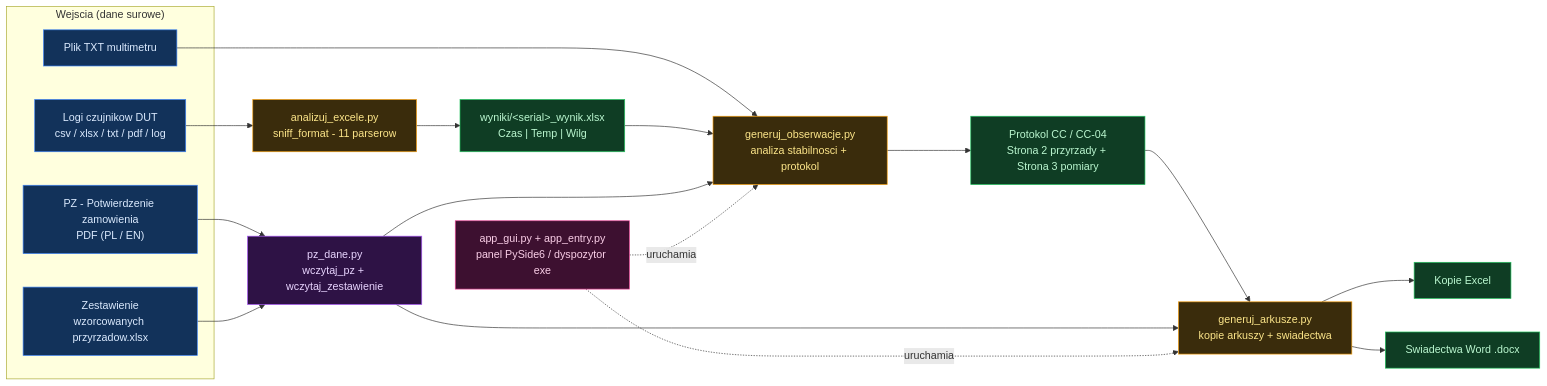
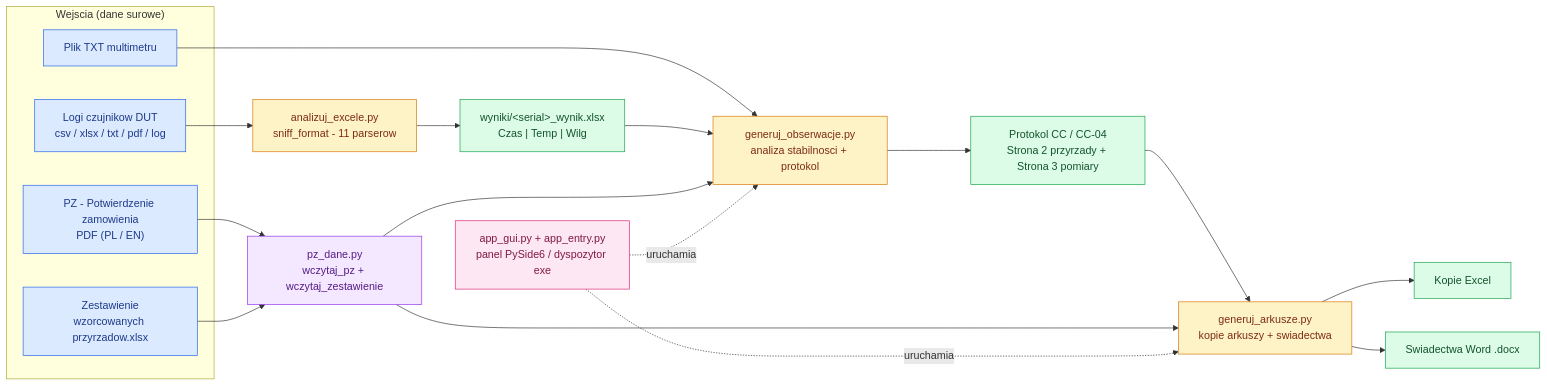
Before and after one commit to Azhdzer/script-protokol-arkusz-cc-clean: the first of 5 diagrams in README.md, drawn with Mermaid. The commit also changed other lines of this file and 1 other file, not shown here.

First line of the commit message:
Docs: mega-schemat pelnego obiegu (FAZA 0 -> analiza -> obserwacja -> arkusze)

````diff
--- a/README.md
+++ b/README.md
@@ -15,43 +15,43 @@
 ```mermaid
 flowchart LR
   subgraph IN["Wejscia (dane surowe)"]
     TXT["Plik TXT multimetru"]
     LOG["Logi czujnikow DUT<br/>csv / xlsx / txt / pdf / log"]
     PZ["PZ - Potwierdzenie zamowienia<br/>PDF (PL / EN)"]
     ZEST["Zestawienie<br/>wzorcowanych przyrzadow.xlsx"]
   end
   ANAL["analizuj_excele.py<br/>sniff_format - 11 parserow"]
   WYN["wyniki/&lt;serial&gt;_wynik.xlsx<br/>Czas | Temp | Wilg"]
   PZD["pz_dane.py<br/>wczytaj_pz + wczytaj_zestawienie"]
   OBS["generuj_obserwacje.py<br/>analiza stabilnosci + protokol"]
   PROTO["Protokol CC / CC-04<br/>Strona 2 przyrzady + Strona 3 pomiary"]
   ARK["generuj_arkusze.py<br/>kopie arkuszy + swiadectwa"]
   KOP["Kopie Excel"]
   DOC["Swiadectwa Word .docx"]
   GUI["app_gui.py + app_entry.py<br/>panel PySide6 / dyspozytor exe"]
 
   LOG --> ANAL --> WYN
   TXT --> OBS
   WYN --> OBS
   PZ --> PZD
   ZEST --> PZD
   PZD --> OBS
   OBS --> PROTO
   PROTO --> ARK
   PZD --> ARK
   ARK --> KOP
   ARK --> DOC
   GUI -.uruchamia.-> OBS
   GUI -.uruchamia.-> ARK
 
-  classDef in fill:#12325a,stroke:#3b82f6,color:#dbeafe;
-  classDef xf fill:#3a2c0c,stroke:#f59e0b,color:#fde68a;
-  classDef out fill:#0f3d24,stroke:#22c55e,color:#bbf7d0;
-  classDef pz fill:#2e1245,stroke:#a855f7,color:#e9d5ff;
-  classDef gui fill:#3d1030,stroke:#ec4899,color:#fbcfe8;
+  classDef in fill:#dbeafe,stroke:#2563eb,color:#1e3a8a;
+  classDef xf fill:#fef3c7,stroke:#d97706,color:#7c2d12;
+  classDef out fill:#dcfce7,stroke:#16a34a,color:#14532d;
+  classDef pz fill:#f3e8ff,stroke:#9333ea,color:#581c87;
+  classDef gui fill:#fce7f3,stroke:#db2777,color:#831843;
   class TXT,LOG,PZ,ZEST in
   class ANAL,OBS,ARK xf
   class WYN,PROTO,KOP,DOC out
   class PZD pz
   class GUI gui
 ```
````
